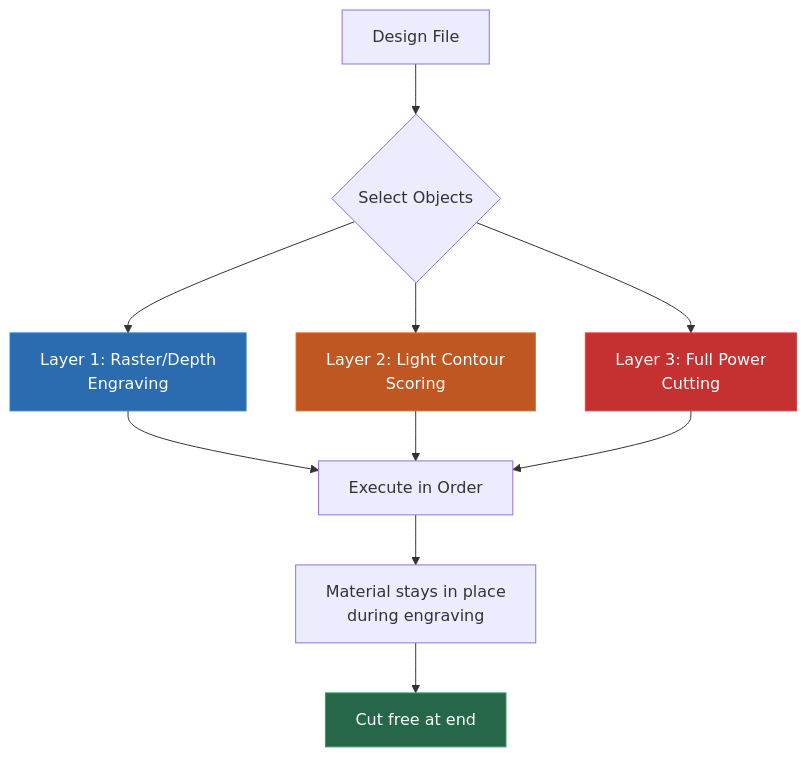
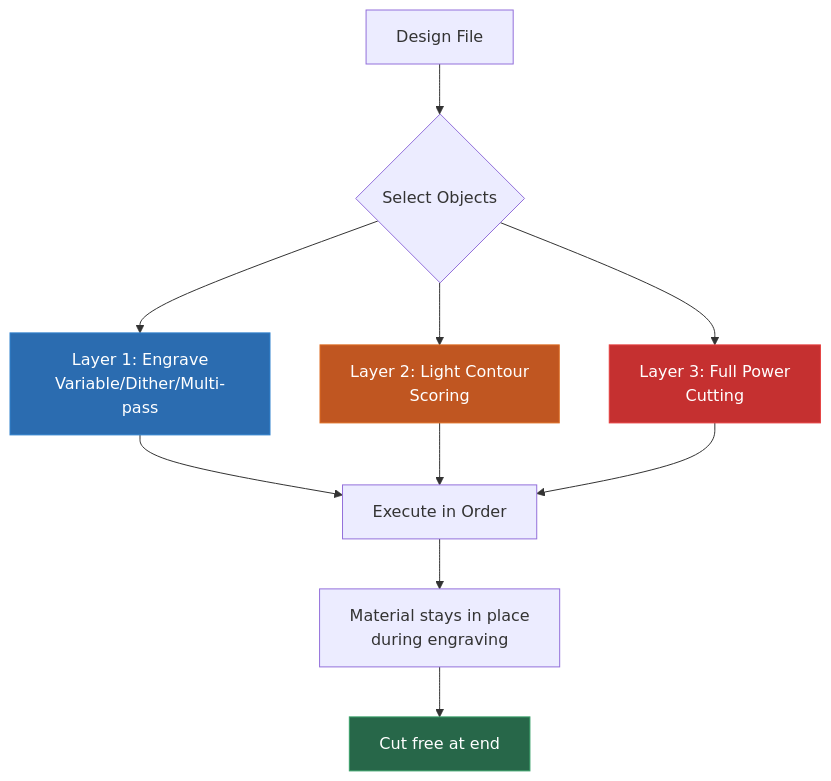
One commit to yuri-schmaltz/my-rayforge changed the diagram in website/content/docs/features/index.md. Above: the diagram before and after it, drawn with Mermaid. The commit also changed other lines of this file and 48 other files, not shown here.

Commit message:
fully replace the old "raster", "depth", and "dither" operations by the new, unified raster operation

````diff
--- a/website/content/docs/features/index.md
+++ b/website/content/docs/features/index.md
@@ -62,19 +62,19 @@
 ```mermaid
 flowchart TD
     A[Design File] --> B{Select Objects}
-    B --> C[Layer 1: Raster/Depth<br/>Engraving]
+    B --> C[Layer 1: Engrave<br/>Variable/Dither/Multi-pass]
     B --> D[Layer 2: Light Contour<br/>Scoring]
     B --> E[Layer 3: Full Power<br/>Cutting]
 
     C --> F[Execute in Order]
     D --> F
     E --> F
 
     F --> G[Material stays in place<br/>during engraving]
     G --> H[Cut free at end]
 
     style C fill:#2b6cb0,stroke:#3182ce,color:#fff
     style D fill:#c05621,stroke:#dd6b20,color:#fff
     style E fill:#c53030,stroke:#e53e3e,color:#fff
     style H fill:#276749,stroke:#38a169,color:#fff
 ```
````
